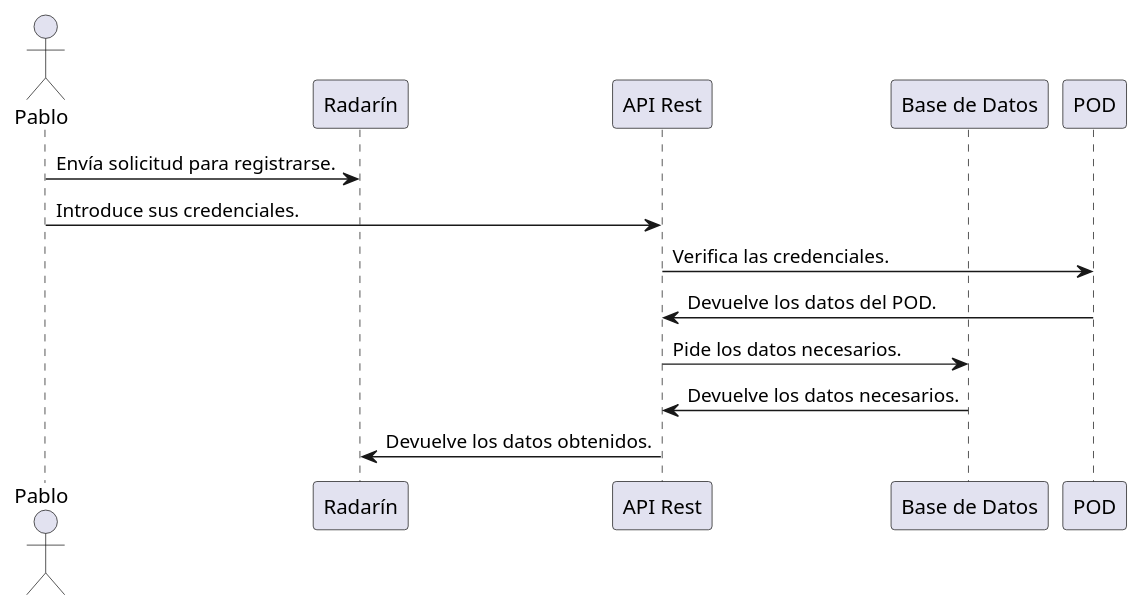
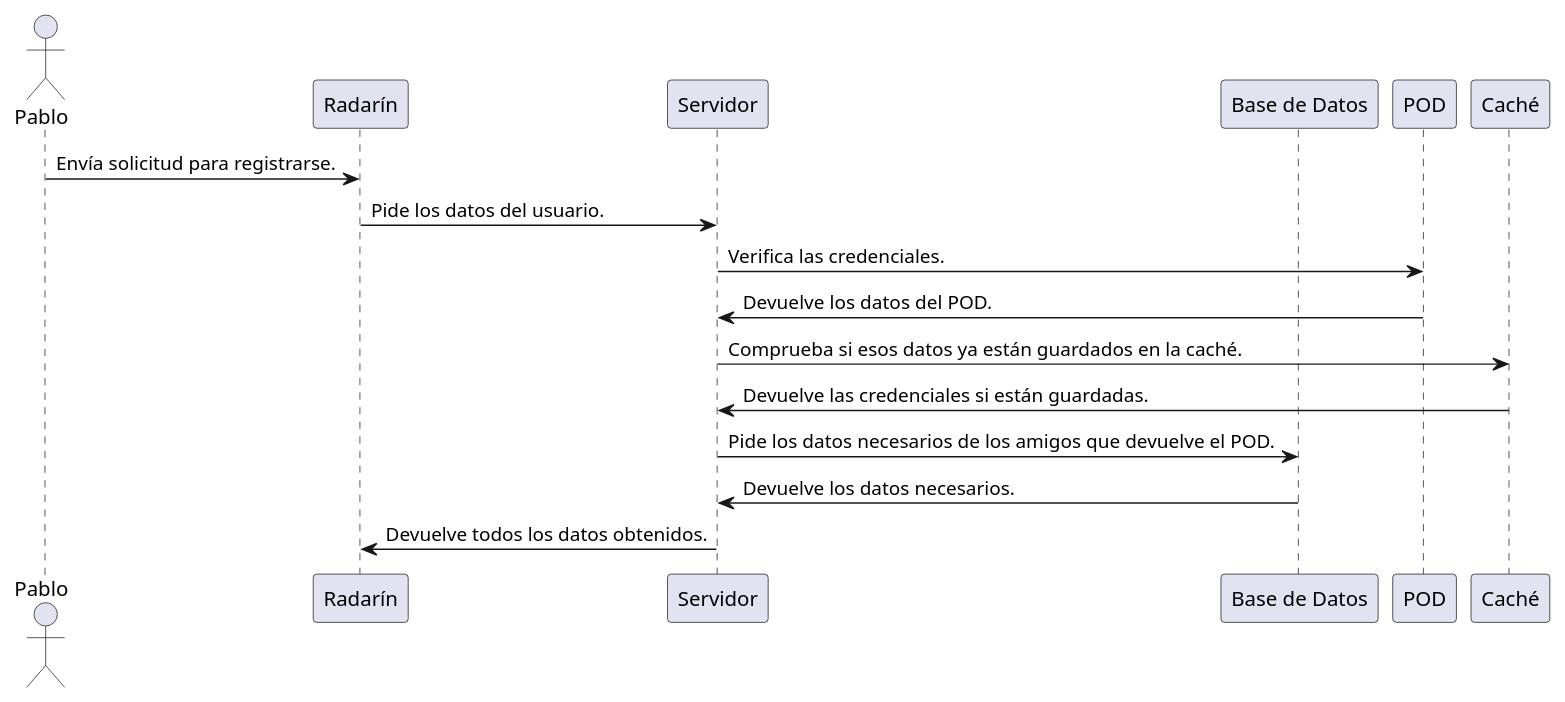
The second of 10 diagrams in webapp/docs/06_runtime_view.adoc (Arquisoft/radarin_es4a), drawn with PlantUML before and after one commit. The commit also changed other lines of this file and 8 other files, not shown here.

```diff
--- a/webapp/docs/06_runtime_view.adoc
+++ b/webapp/docs/06_runtime_view.adoc
@@ -59,15 +59,18 @@
 [plantuml,"inicio_de_sesion_movil",png]
 ----
 actor Pablo
-participant  "Radarín"
-participant "API Rest"
+participant "Radarín"
+participant "Servidor"
 participant "Base de Datos"
 participant "POD"
+participant "Caché"
 Pablo -> "Radarín": Envía solicitud para registrarse.
-Pablo -> "API Rest": Introduce sus credenciales.
-"API Rest" -> "POD": Verifica las credenciales.
-"POD" -> "API Rest": Devuelve los datos del POD.
-"API Rest" -> "Base de Datos": Pide los datos necesarios.
-"Base de Datos" -> "API Rest": Devuelve los datos necesarios.
-"API Rest" -> "Radarín": Devuelve los datos obtenidos.
+"Radarín" -> "Servidor": Pide los datos del usuario.
+"Servidor" -> "POD": Verifica las credenciales.
+"POD" -> "Servidor": Devuelve los datos del POD.
+"Servidor" -> "Caché": Comprueba si esos datos ya están guardados en la caché.
+"Caché" -> "Servidor": Devuelve las credenciales si están guardadas.
+"Servidor" -> "Base de Datos": Pide los datos necesarios de los amigos que devuelve el POD.
+"Base de Datos" -> "Servidor": Devuelve los datos necesarios.
+"Servidor" -> "Radarín": Devuelve todos los datos obtenidos.
 ----
```
